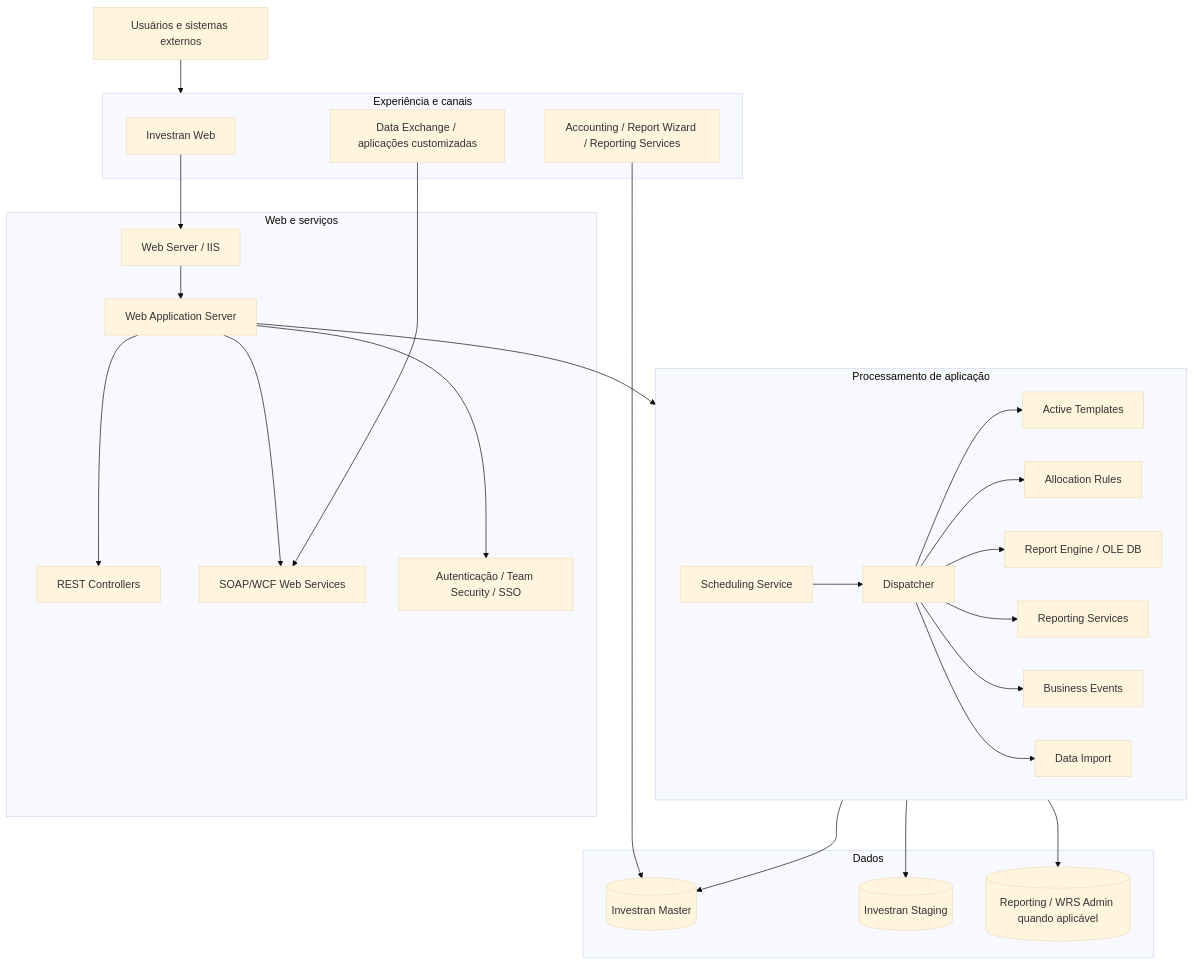
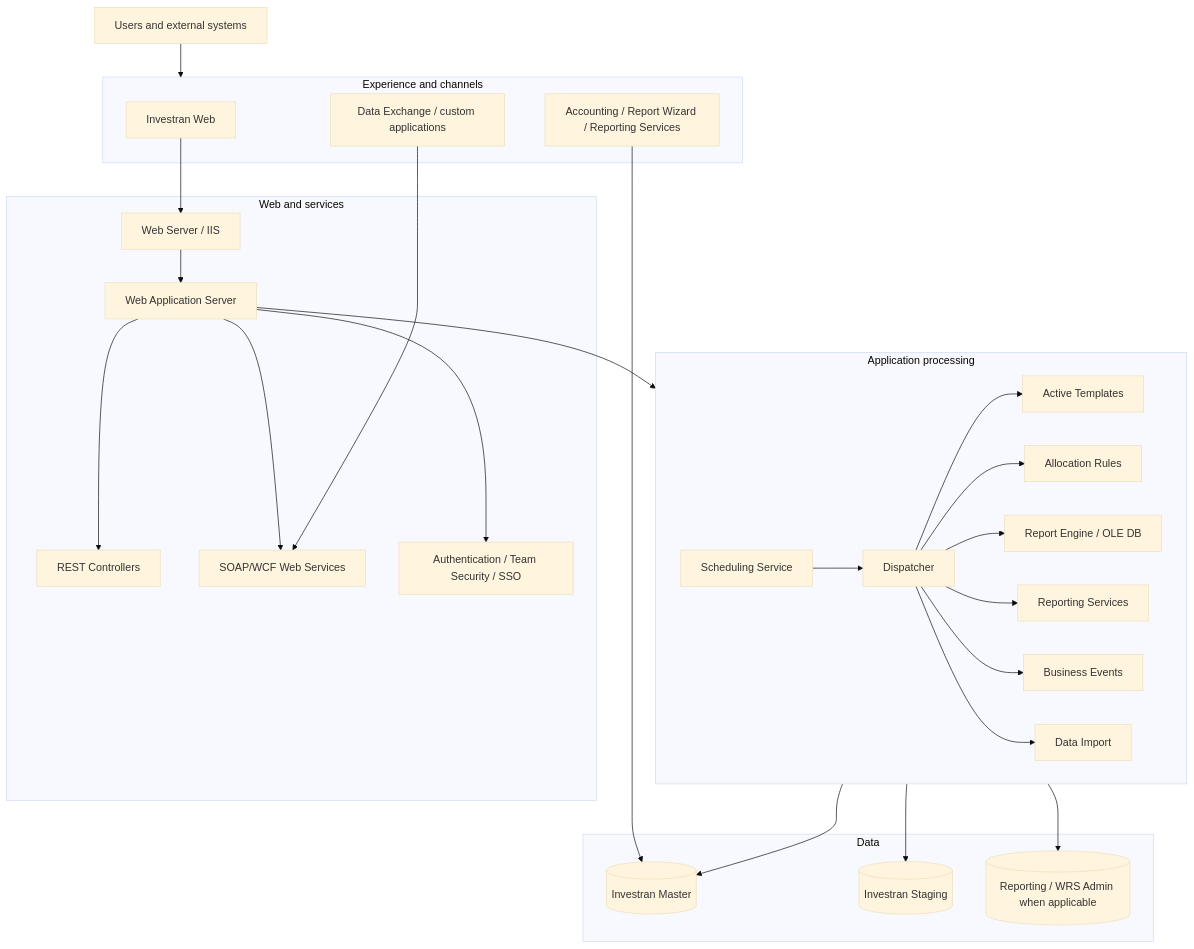
One commit to msekimoto/investran changed the first of 2 diagrams in docs/arquitetura/01-arquitetura-logica.md. Above: the diagram before and after it, drawn with Mermaid (base theme). The commit also changed other lines of this file and 52 other files, not shown here.

````diff
--- a/docs/arquitetura/01-arquitetura-logica.md
+++ b/docs/arquitetura/01-arquitetura-logica.md
@@ -5,44 +5,39 @@
 ```mermaid
 flowchart TB
-    U[Usuários e sistemas externos]
-
-    subgraph UX[Experiência e canais]
+    U[Users and external systems]
+    subgraph UX[Experience and channels]
         WEB[Investran Web]
         DESK[Accounting / Report Wizard / Reporting Services]
-        DX[Data Exchange / aplicações customizadas]
+        DX[Data Exchange / custom applications]
     end
-
-    subgraph WS[Web e serviços]
+    subgraph WS[Web and services]
         IIS[Web Server / IIS]
         WAS[Web Application Server]
         REST[REST Controllers]
         SOAP[SOAP/WCF Web Services]
-        SEC[Autenticação / Team Security / SSO]
+        SEC[Authentication / Team Security / SSO]
     end
-
-    subgraph APP[Processamento de aplicação]
+    subgraph APP[Application processing]
         SCH[Scheduling Service]
         DSP[Dispatcher]
         ATM[Active Templates]
         ARM[Allocation Rules]
         RW[Report Engine / OLE DB]
         RS[Reporting Services]
         BE[Business Events]
         DI[Data Import]
     end
-
-    subgraph DATA[Dados]
+    subgraph DATA[Data]
         MASTER[(Investran Master)]
         STAGING[(Investran Staging)]
-        RDB[(Reporting / WRS Admin quando aplicável)]
+        RDB[(Reporting / WRS Admin when applicable)]
     end
-
     U --> UX
     WEB --> IIS --> WAS
     WAS --> REST & SOAP & SEC
     DESK --> MASTER
     DX --> SOAP
     WAS --> APP
     SCH --> DSP --> ATM & ARM & RW & RS & BE & DI
     APP --> MASTER & STAGING & RDB
 ```
````
